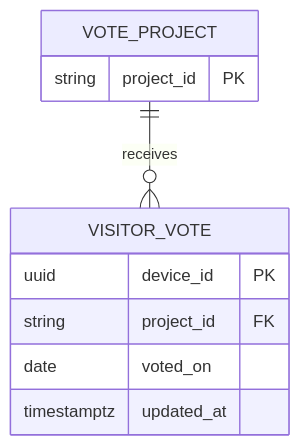
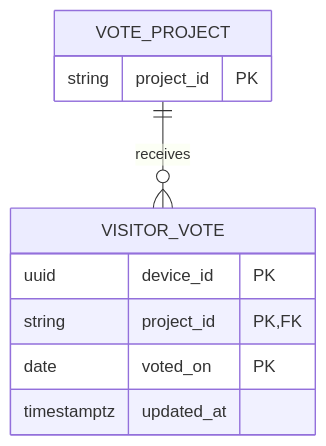
One commit to kokutowarabi/event-ops changed the diagram in docs/er.md. Above: the diagram before and after it, drawn with Mermaid. The commit also changed other lines of this file and 2 other files, not shown here.

Commit message:
feat: enforce one vote per project and day

````diff
--- a/docs/er.md
+++ b/docs/er.md
@@ -3,15 +3,15 @@
 ```mermaid
 erDiagram
   VOTE_PROJECT ||--o{ VISITOR_VOTE : receives
 
   VOTE_PROJECT {
     string project_id PK
   }
 
   VISITOR_VOTE {
     uuid device_id PK
-    string project_id FK
-    date voted_on
+    string project_id PK, FK
+    date voted_on PK
     timestamptz updated_at
   }
 ```
````
